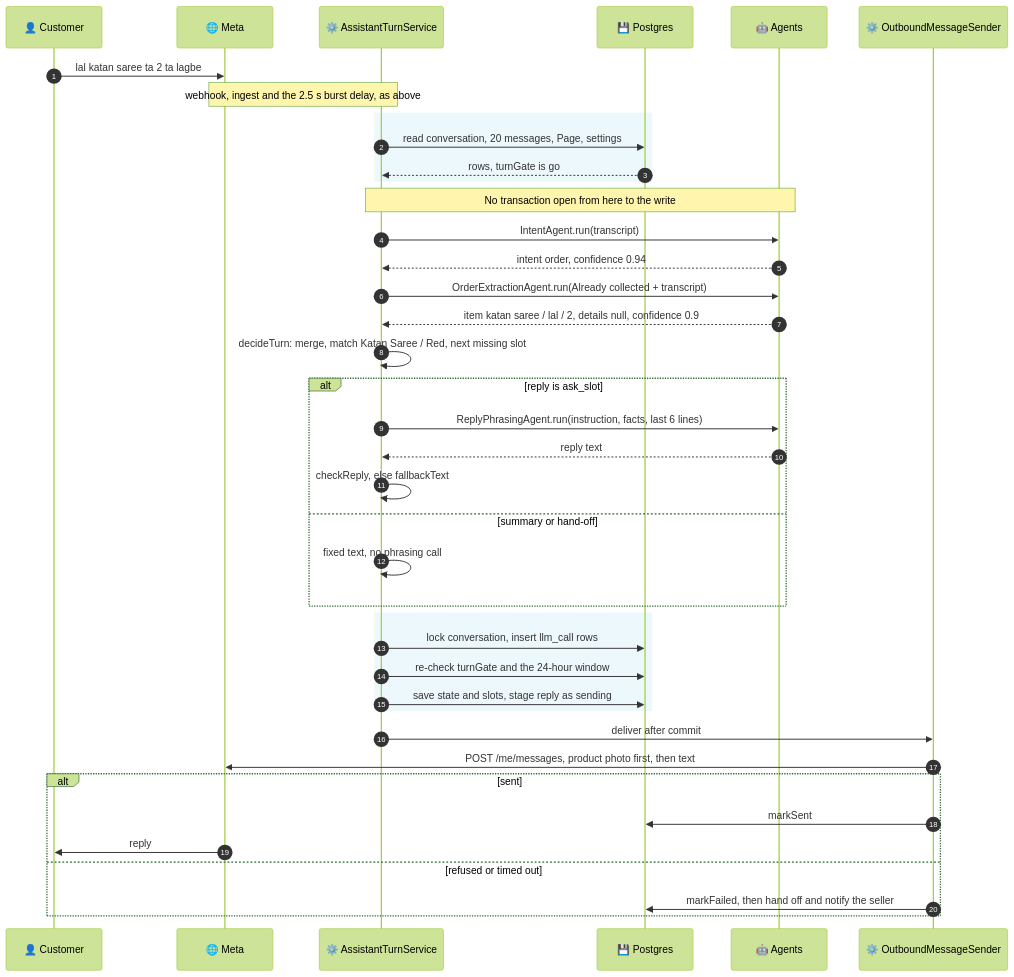
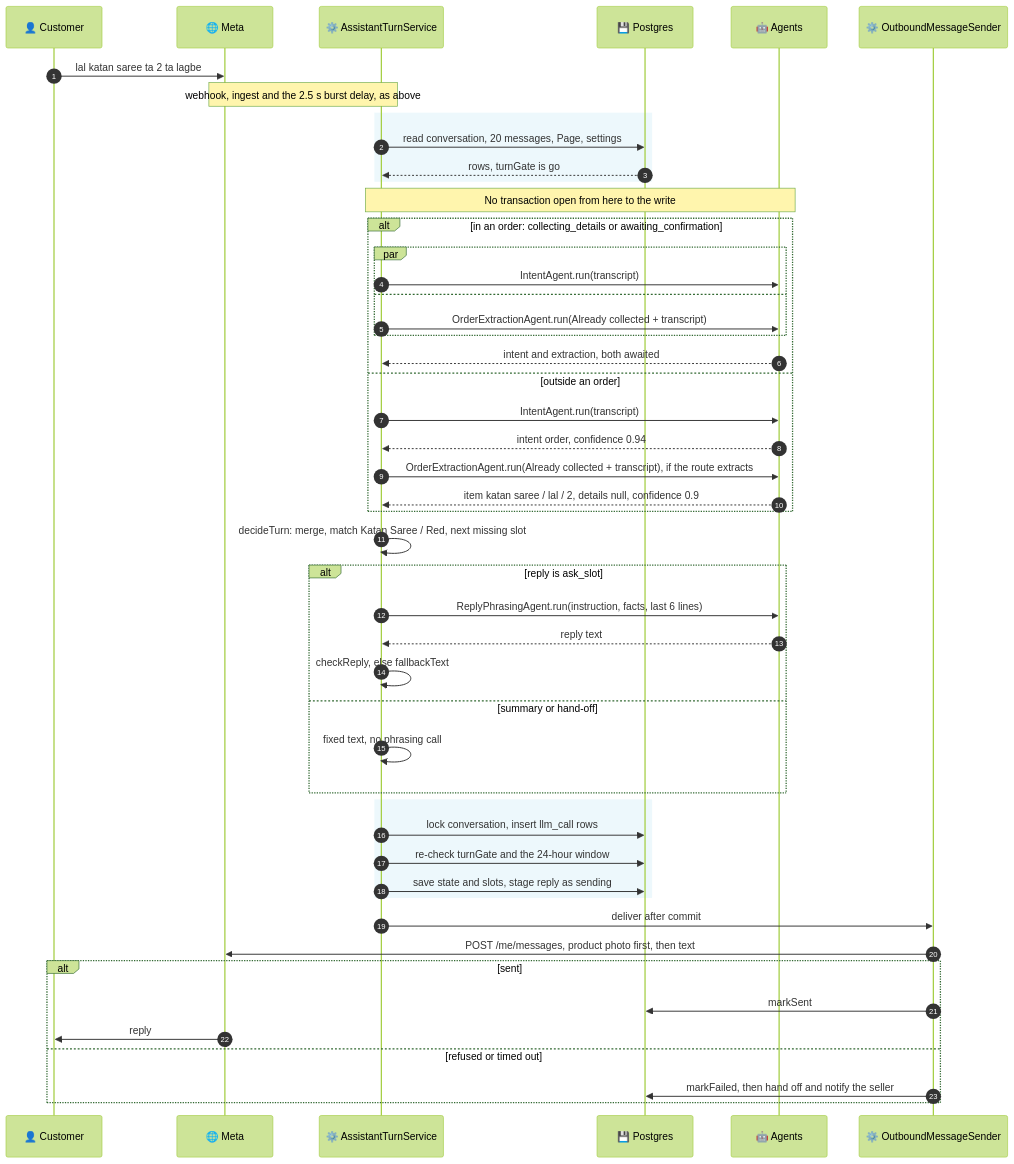
The fourth of 4 diagrams in docs/architecture/ai.md (nabil404/project-alpha), drawn with Mermaid (forest theme) before and after one commit. The commit also changed other lines of this file and 4 other files, not shown here.

````diff
--- a/docs/architecture/ai.md
+++ b/docs/architecture/ai.md
@@ -896,43 +897,52 @@
 ```mermaid
 sequenceDiagram
     autonumber
     participant C as 👤 Customer
     participant Meta as 🌐 Meta
     participant Turn as ⚙️ AssistantTurnService
     participant DB as 💾 Postgres
     participant LLM as 🤖 Agents
     participant Out as ⚙️ OutboundMessageSender
 
     C->>Meta: lal katan saree ta 2 ta lagbe
     Note over Meta,Turn: webhook, ingest and the 2.5 s burst delay, as above
     rect rgba(135, 206, 235, 0.15)
         Turn->>DB: read conversation, 20 messages, Page, settings
         DB-->>Turn: rows, turnGate is go
     end
     Note over Turn,LLM: No transaction open from here to the write
-    Turn->>LLM: IntentAgent.run(transcript)
-    LLM-->>Turn: intent order, confidence 0.94
-    Turn->>LLM: OrderExtractionAgent.run(Already collected + transcript)
-    LLM-->>Turn: item katan saree / lal / 2, details null, confidence 0.9
+    alt in an order: collecting_details or awaiting_confirmation
+        par
+            Turn->>LLM: IntentAgent.run(transcript)
+        and
+            Turn->>LLM: OrderExtractionAgent.run(Already collected + transcript)
+        end
+        LLM-->>Turn: intent and extraction, both awaited
+    else outside an order
+        Turn->>LLM: IntentAgent.run(transcript)
+        LLM-->>Turn: intent order, confidence 0.94
+        Turn->>LLM: OrderExtractionAgent.run(Already collected + transcript), if the route extracts
+        LLM-->>Turn: item katan saree / lal / 2, details null, confidence 0.9
+    end
     Turn->>Turn: decideTurn: merge, match Katan Saree / Red, next missing slot
     alt reply is ask_slot
         Turn->>LLM: ReplyPhrasingAgent.run(instruction, facts, last 6 lines)
         LLM-->>Turn: reply text
         Turn->>Turn: checkReply, else fallbackText
     else summary or hand-off
         Turn->>Turn: fixed text, no phrasing call
     end
     rect rgba(135, 206, 235, 0.15)
         Turn->>DB: lock conversation, insert llm_call rows
         Turn->>DB: re-check turnGate and the 24-hour window
         Turn->>DB: save state and slots, stage reply as sending
     end
     Turn->>Out: deliver after commit
     Out->>Meta: POST /me/messages, product photo first, then text
     alt sent
         Out->>DB: markSent
         Meta->>C: reply
     else refused or timed out
         Out->>DB: markFailed, then hand off and notify the seller
     end
 ```
````
